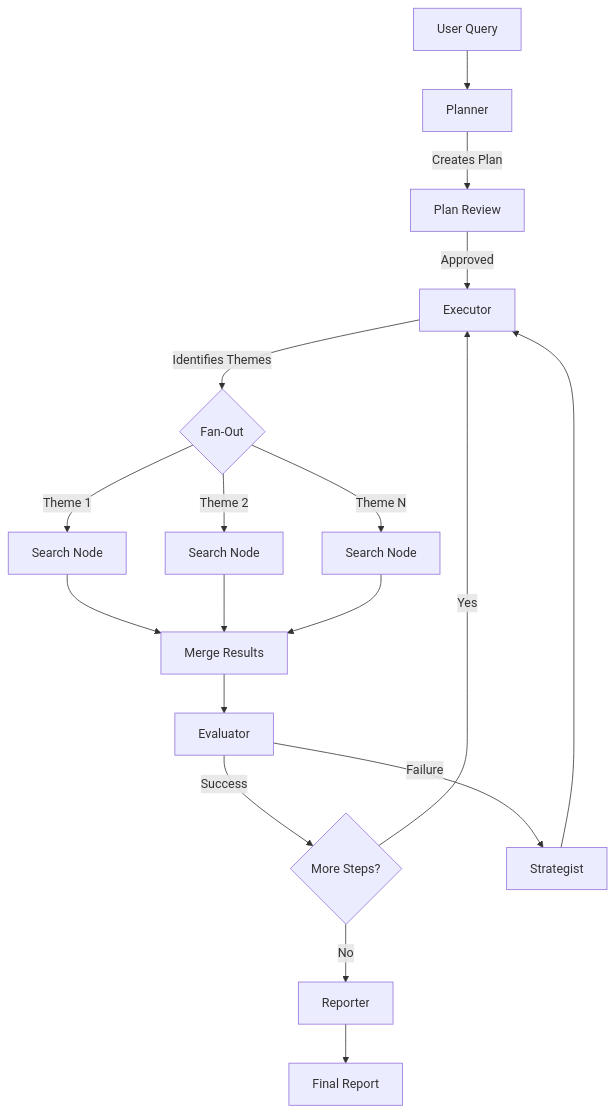
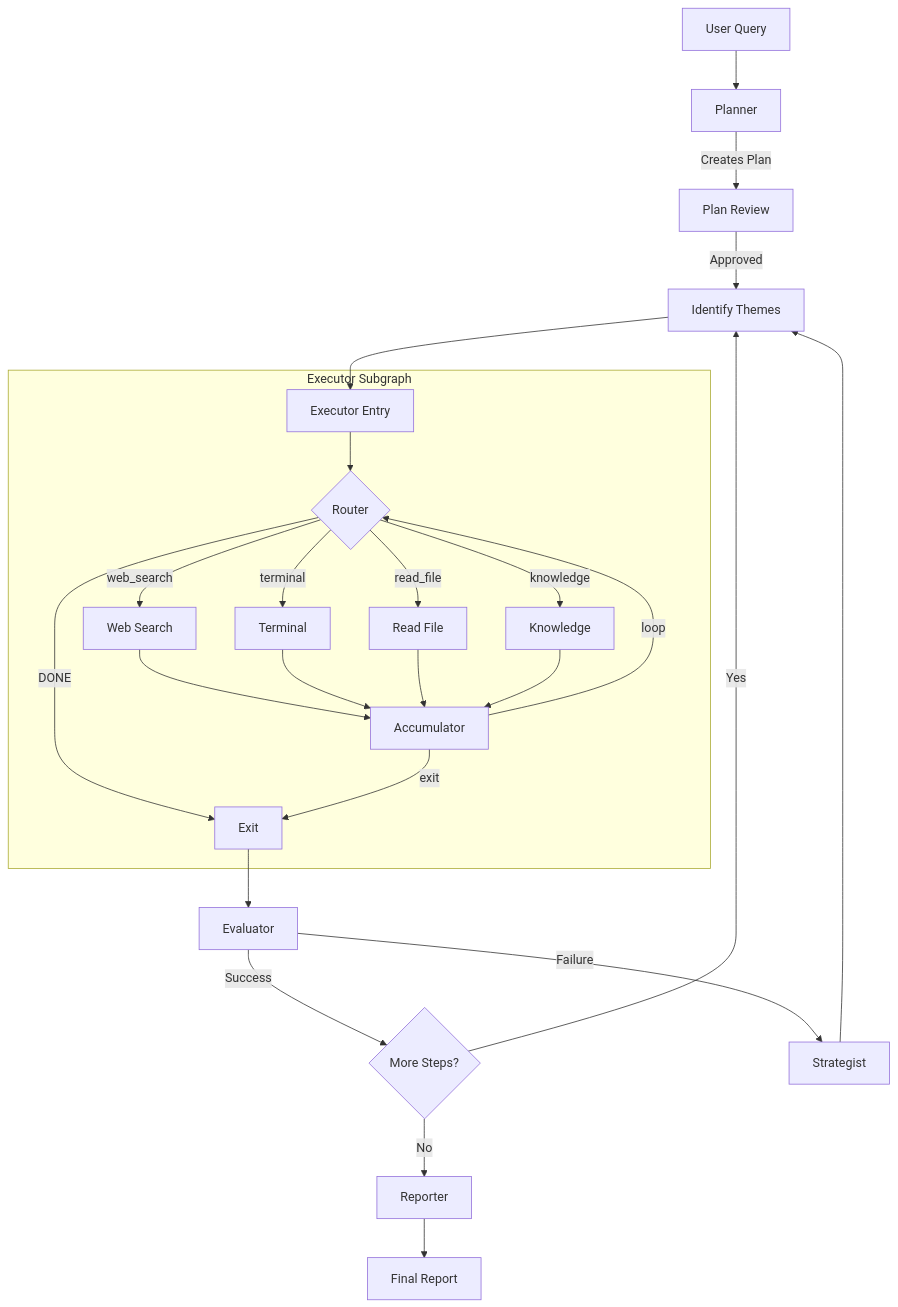
Before and after one commit to xCthulhuFtagn/damn-so-deep-research: the diagram in README.md, drawn with Mermaid. The commit also changed other lines of this file and 41 other files, not shown here.

````diff
--- a/README.md
+++ b/README.md
@@ -232,20 +261,30 @@
 ```mermaid
 graph TD
     Start[User Query] --> Planner
     Planner -->|Creates Plan| Interrupt1[Plan Review]
-    Interrupt1 -->|Approved| Executor
-    Executor -->|Identifies Themes| FanOut{Fan-Out}
-    FanOut -->|Theme 1| Search1[Search Node]
-    FanOut -->|Theme 2| Search2[Search Node]
-    FanOut -->|Theme N| SearchN[Search Node]
-    Search1 --> Merge[Merge Results]
-    Search2 --> Merge
-    SearchN --> Merge
-    Merge --> Evaluator
+    Interrupt1 -->|Approved| IdentifyThemes[Identify Themes]
+    IdentifyThemes --> ExecutorEntry[Executor Entry]
+
+    subgraph Executor Subgraph
+        ExecutorEntry --> Router{Router}
+        Router -->|web_search| WebSearch[Web Search]
+        Router -->|terminal| Terminal[Terminal]
+        Router -->|read_file| ReadFile[Read File]
+        Router -->|knowledge| Knowledge[Knowledge]
+        Router -->|DONE| Exit[Exit]
+        WebSearch --> Accum[Accumulator]
+        Terminal --> Accum
+        ReadFile --> Accum
+        Knowledge --> Accum
+        Accum -->|loop| Router
+        Accum -->|exit| Exit
+    end
+
+    Exit --> Evaluator
     Evaluator -->|Success| NextStep{More Steps?}
     Evaluator -->|Failure| Strategist
-    Strategist --> Executor
-    NextStep -->|Yes| Executor
+    Strategist --> IdentifyThemes
+    NextStep -->|Yes| IdentifyThemes
     NextStep -->|No| Reporter
     Reporter --> End[Final Report]
 ```
````
